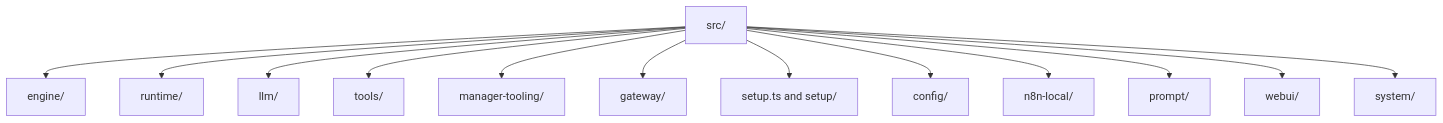
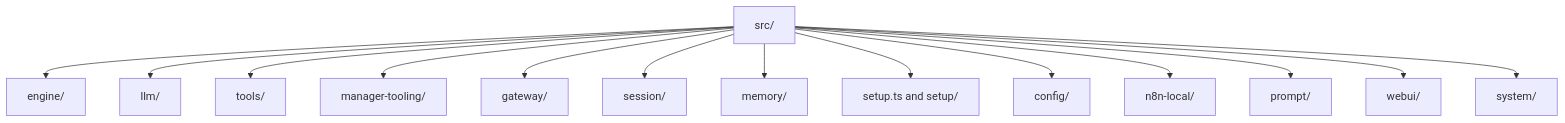
One commit to EtienneLescot/yagr changed the diagram in architecture/current/module-map.md. Above: the diagram before and after it, drawn with Mermaid. The commit also changed other lines of this file and 14 other files, not shown here.

````diff
--- a/architecture/current/module-map.md
+++ b/architecture/current/module-map.md
@@ -7,16 +7,17 @@
 ```mermaid
 flowchart TD
     SRC[src/]
     SRC --> ENGINE[engine/]
-    SRC --> RUNTIME[runtime/]
     SRC --> LLM[llm/]
     SRC --> TOOLS[tools/]
     SRC --> MGR[manager-tooling/]
     SRC --> GATEWAY[gateway/]
+    SRC --> SESSION[session/]
+    SRC --> MEMORY[memory/]
     SRC --> SETUP[setup.ts and setup/]
     SRC --> CONFIG[config/]
     SRC --> N8NLOCAL[n8n-local/]
     SRC --> PROMPT[prompt/]
     SRC --> WEBUI[webui/]
     SRC --> SYSTEM[system/]
 ```
````
